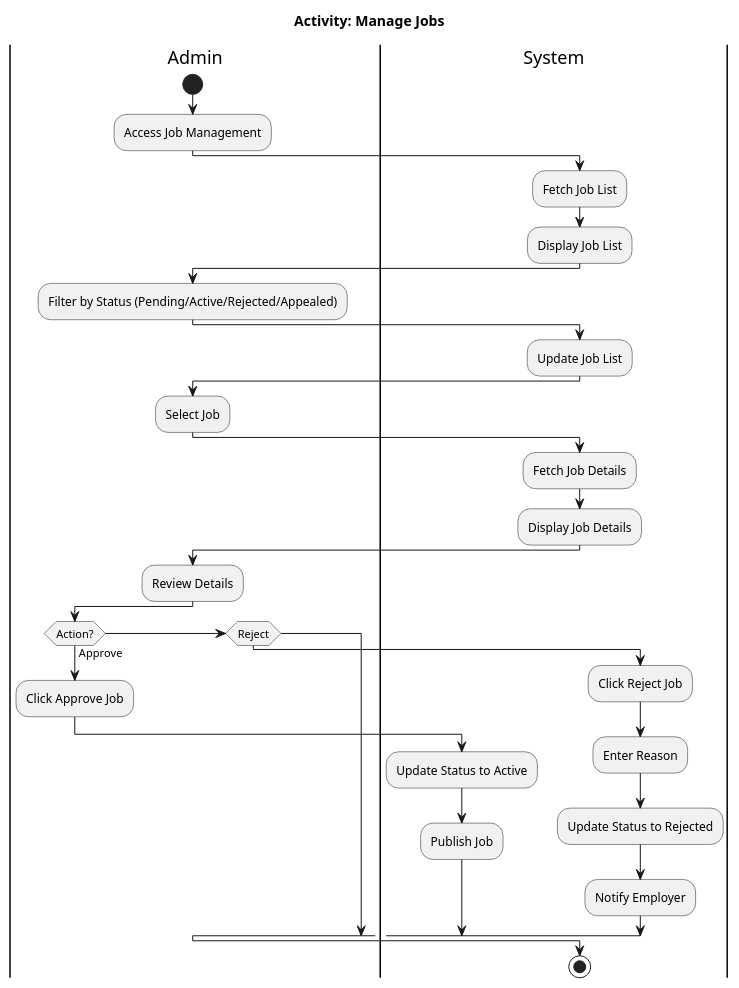
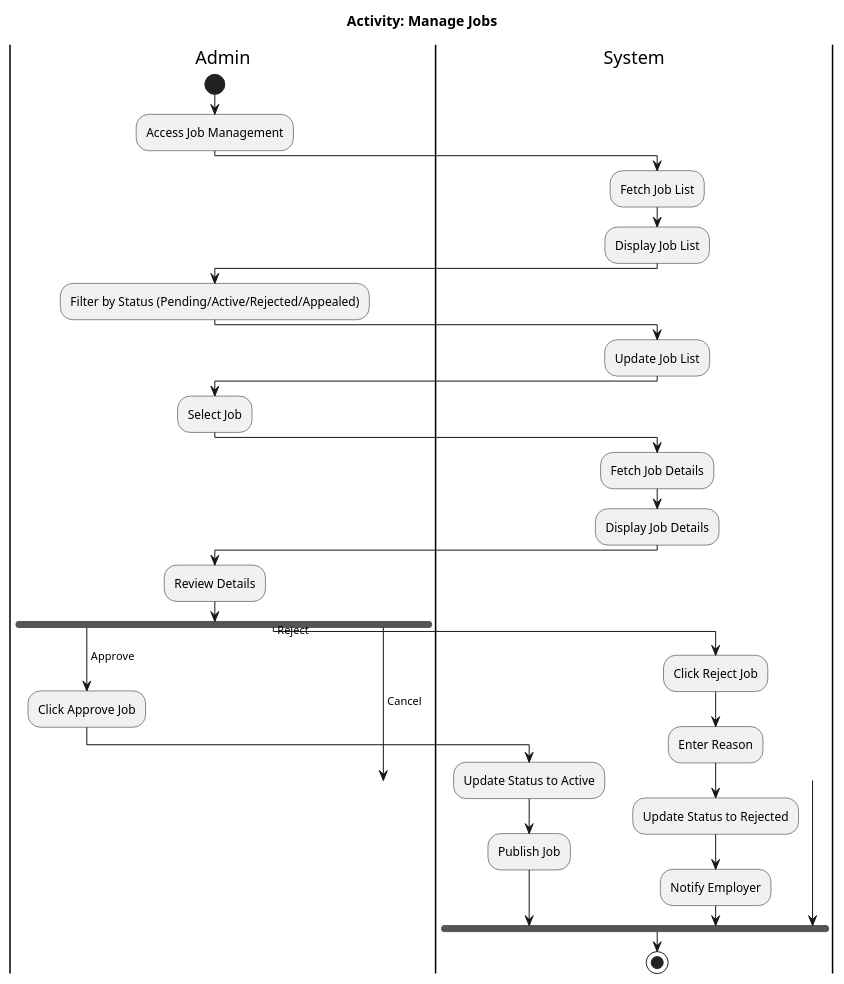
The diagram in docs/activity-admin-jobs.puml (czefenglim/blue-collar-job-portal), drawn with PlantUML before and after one commit. The commit also changed other lines of this file and 91 other files, not shown here.

```diff
--- a/docs/activity-admin-jobs.puml
+++ b/docs/activity-admin-jobs.puml
@@ -1,36 +1,41 @@
 @startuml UC_AdminJobs
 skinparam conditionStyle diamond
 skinparam activityDiamondShape true
+skinparam nodesep 100
+skinparam ranksep 60
 title Activity: Manage Jobs
 |Admin|
 start
 :Access Job Management;
 |System|
 :Fetch Job List;
 :Display Job List;
 |Admin|
 :Filter by Status (Pending/Active/Rejected/Appealed);
 |System|
 :Update Job List;
 |Admin|
 :Select Job;
 |System|
 :Fetch Job Details;
 :Display Job Details;
 |Admin|
 :Review Details;
-if (Action?) then (Approve)
+fork
+  -> Approve;
   :Click Approve Job;
   |System|
   :Update Status to Active;
   :Publish Job;
-elseif (Reject)
+fork again
+  -> Reject;
   :Click Reject Job;
   :Enter Reason;
   |System|
   :Update Status to Rejected;
   :Notify Employer;
-
-endif
+fork again
+  -> Cancel;
+end fork
 stop
 @enduml
```
